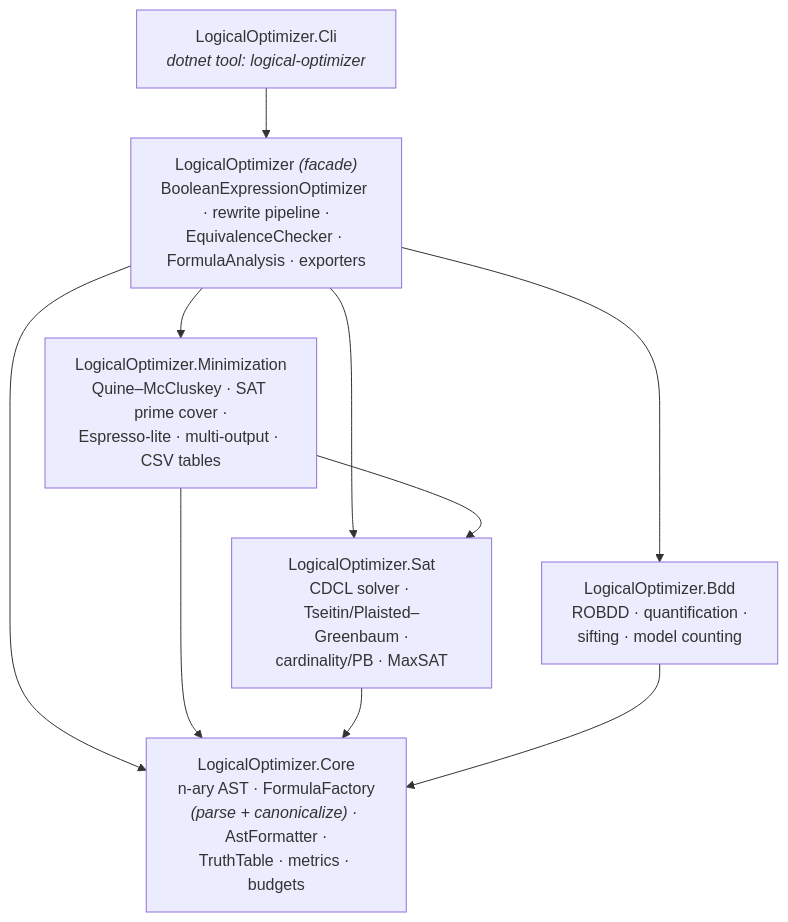
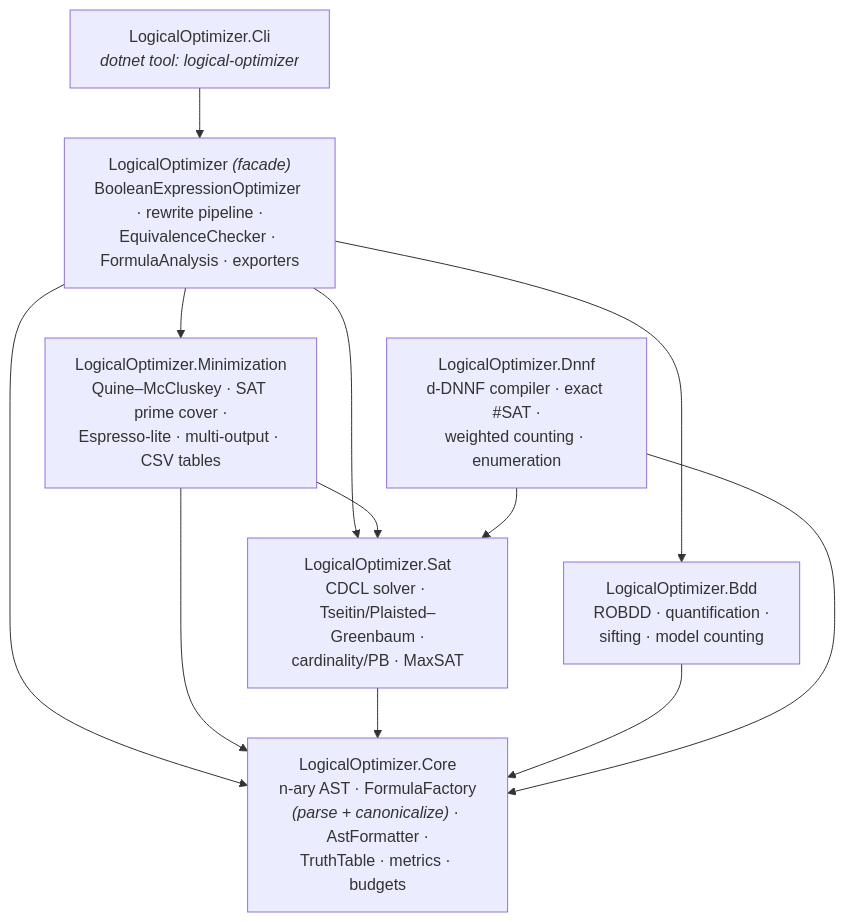
One commit to AlexanderV/LogicalOptimizer changed the first of 4 diagrams in README.md. Above: the diagram before and after it, drawn with Mermaid. The commit also changed other lines of this file and 22 other files, not shown here.

````diff
--- a/README.md
+++ b/README.md
@@ -395,19 +399,22 @@
 ```mermaid
 graph TD
     CLI["LogicalOptimizer.Cli<br/><i>dotnet tool: logical-optimizer</i>"]
     Facade["LogicalOptimizer <i>(facade)</i><br/>BooleanExpressionOptimizer · rewrite pipeline ·<br/>EquivalenceChecker · FormulaAnalysis · exporters"]
     Min["LogicalOptimizer.Minimization<br/>Quine–McCluskey · SAT prime cover ·<br/>Espresso-lite · multi-output · CSV tables"]
     Sat["LogicalOptimizer.Sat<br/>CDCL solver · Tseitin/Plaisted–Greenbaum ·<br/>cardinality/PB · MaxSAT"]
     Bdd["LogicalOptimizer.Bdd<br/>ROBDD · quantification ·<br/>sifting · model counting"]
+    Dnnf["LogicalOptimizer.Dnnf<br/>d-DNNF compiler · exact #SAT ·<br/>weighted counting · enumeration"]
     Core["LogicalOptimizer.Core<br/>n-ary AST · FormulaFactory<br/><i>(parse + canonicalize)</i> · AstFormatter ·<br/>TruthTable · metrics · budgets"]
 
     CLI --> Facade
     Facade --> Min
     Facade --> Sat
     Facade --> Bdd
     Facade --> Core
     Min --> Sat
     Min --> Core
     Sat --> Core
     Bdd --> Core
+    Dnnf --> Sat
+    Dnnf --> Core
 ```
````
